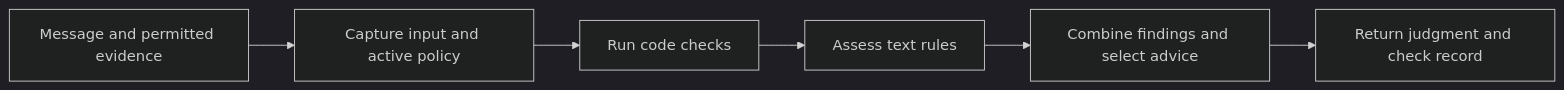
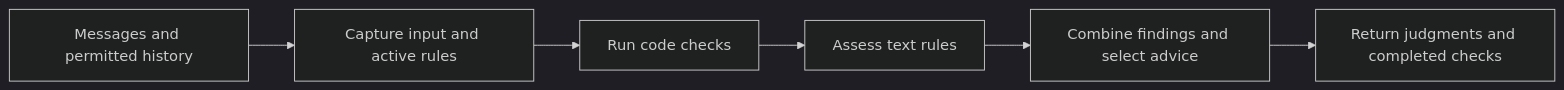
The first of 2 diagrams in packages/social-harness/src/firewall/README.md (social-harness/moltzap), drawn with Mermaid (dark theme) before and after one commit. The commit also changed other lines of this file and 19 other files, not shown here.

Commit message:
Simplify firewall behavior tests and explain the implemented flow

````diff
--- a/packages/social-harness/src/firewall/README.md
+++ b/packages/social-harness/src/firewall/README.md
@@ -24,8 +8,8 @@
 ```mermaid
 flowchart LR
-  A[Message and permitted evidence] --> B[Capture input and active policy]
-  B --> D[Run code checks]
-  D --> E[Assess text rules]
-  E --> F[Combine findings and select advice]
-  F --> G[Return judgment and check record]
+  A[Messages and permitted history] --> B[Capture input and active rules]
+  B --> C[Run code checks]
+  C --> D[Assess text rules]
+  D --> E[Combine findings and select advice]
+  E --> F[Return judgments and completed checks]
 ```
````
